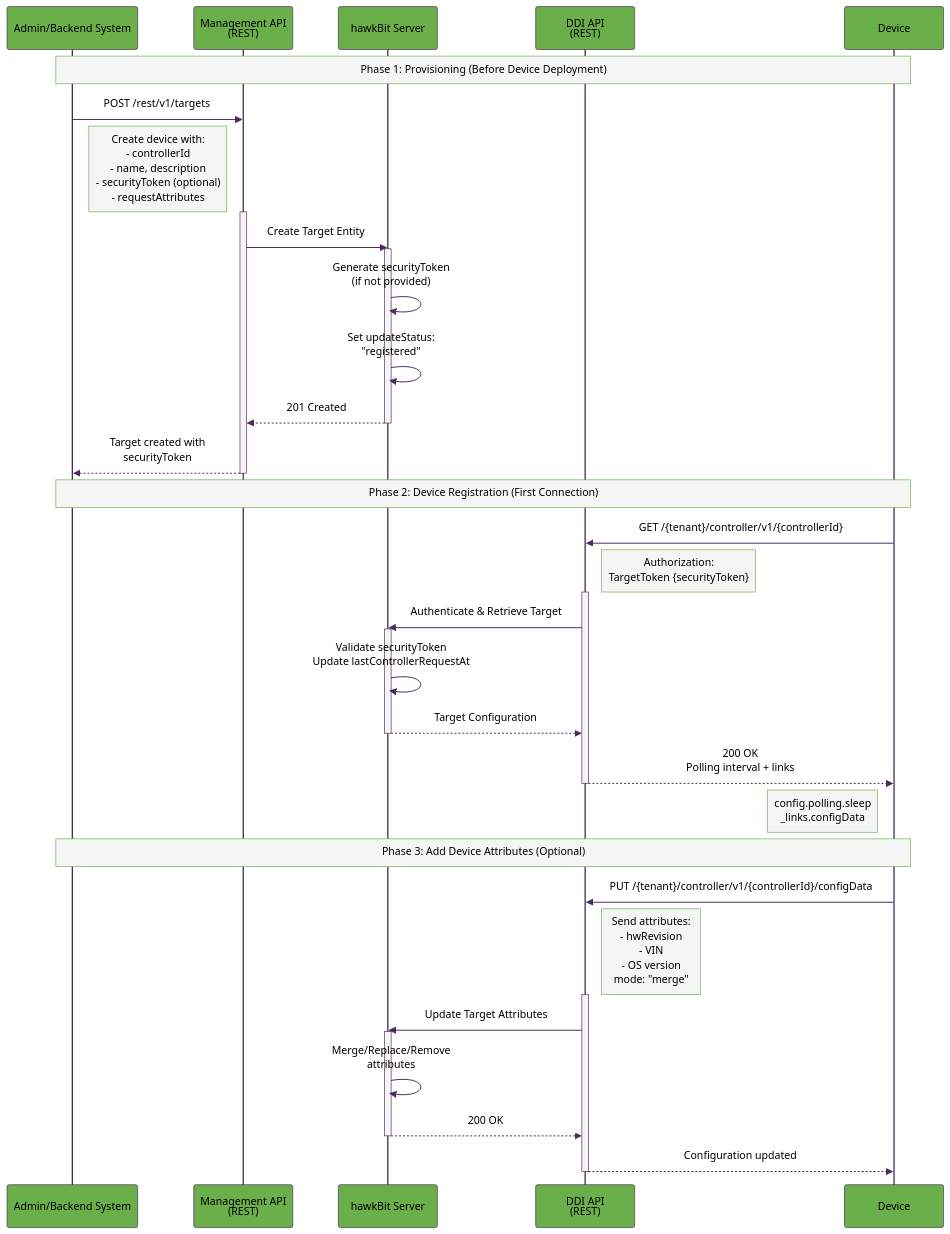
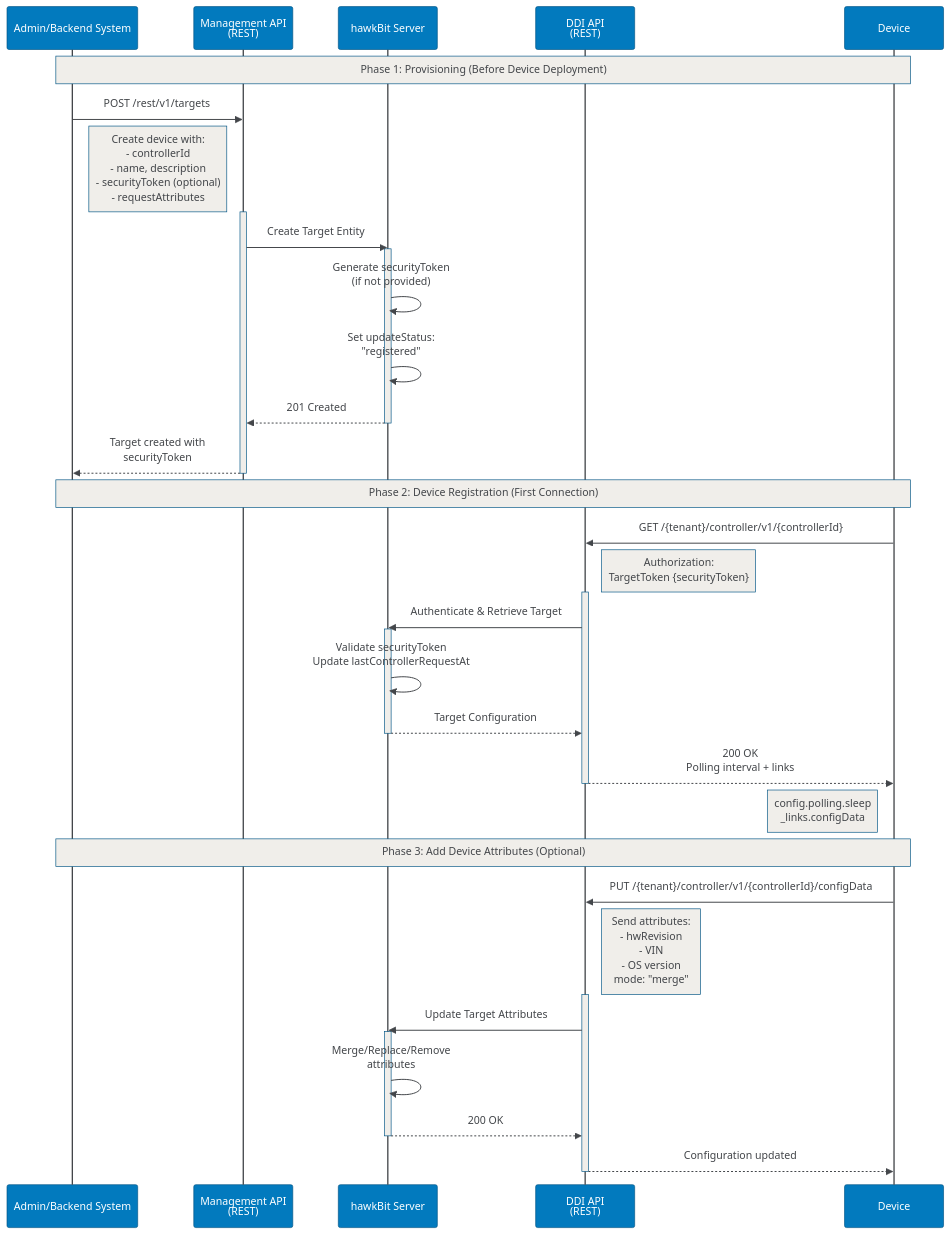
Before and after one commit to eclipse-hawkbit/hawkbit: the first of 2 diagrams in docs/device-provisioning.md, drawn with Mermaid. The commit also changed other lines of this file and 22 other files, not shown here.

````diff
--- a/docs/device-provisioning.md
+++ b/docs/device-provisioning.md
@@ -29,73 +29,74 @@
 ```mermaid
  %%{init: {'theme':'base', 'themeVariables': {
-    'primaryColor':'#6BAF4A',
-    'primaryTextColor':'#000',
-    'primaryBorderColor':'#6BAF4A',
-    'lineColor':'#4A2C5C',
-    'secondaryColor':'#E8D5F2',
-    'tertiaryColor':'#6BAF4A',
-    'noteBkgColor':'#F5F5F5',
-    'noteTextColor':'#000',
-    'noteBorderColor':'#6BAF4A',
-    'actorBorder':'#4A2C5C',
-    'actorBkg':'#6BAF4A',
-    'actorTextColor':'#000',
-    'actorLineColor':'#4A2C5C',
-    'signalColor':'#4A2C5C',
-    'signalTextColor':'#000',
-    'labelBoxBkgColor':'#E8D5F2',
-    'labelBoxBorderColor':'#6BAF4A',
-    'labelTextColor':'#000',
-    'loopTextColor':'#000',
-    'activationBorderColor':'#4A2C5C',
-    'activationBkgColor':'#F5F5F5',
-    'sequenceNumberColor':'#FFF'
-  }}}%%
+      'primaryColor':'#027ABE',
+      'primaryTextColor':'#FFF',
+      'primaryBorderColor':'#015585',
+      'lineColor':'#43464A',
+      'secondaryColor':'#9ABFDB',
+      'tertiaryColor':'#027ABE',
+      'noteBkgColor':'#F0EEEA',
+      'noteTextColor':'#43464A',
+      'noteBorderColor':'#015585',
+      'actorBorder':'#015585',
+      'actorBkg':'#027ABE',
+      'actorTextColor':'#FFF',
+      'actorLineColor':'#43464A',
+      'signalColor':'#43464A',
+      'signalTextColor':'#43464A',
+      'labelBoxBkgColor':'#9ABFDB',
+      'labelBoxBorderColor':'#015585',
+      'labelTextColor':'#015585',
+      'loopTextColor':'#43464A',
+      'activationBorderColor':'#015585',
+      'activationBkgColor':'#F0EEEA',
+      'sequenceNumberColor':'#FFF'
+    }}}%%
+
 sequenceDiagram
     participant Admin as Admin/Backend System
     participant MgmtAPI as Management API<br/>(REST)
     participant Server as hawkBit Server
     participant DDIAPI as DDI API<br/>(REST)
     participant Device as Device
 
     Note over Admin,Device: Phase 1: Provisioning (Before Device Deployment)
 
     Admin->>MgmtAPI: POST /rest/v1/targets
     Note right of Admin: Create device with:<br/>- controllerId<br/>- name, description<br/>- securityToken (optional)<br/>- requestAttributes
     activate MgmtAPI
     MgmtAPI->>Server: Create Target Entity
     activate Server
     Server->>Server: Generate securityToken<br/>(if not provided)
     Server->>Server: Set updateStatus:<br/>"registered"
     Server-->>MgmtAPI: 201 Created
     deactivate Server
     MgmtAPI-->>Admin: Target created with<br/>securityToken
     deactivate MgmtAPI
 
     Note over Admin,Device: Phase 2: Device Registration (First Connection)
 
     Device->>DDIAPI: GET /{tenant}/controller/v1/{controllerId}
     Note right of DDIAPI: Authorization:<br/>TargetToken {securityToken}
     activate DDIAPI
     DDIAPI->>Server: Authenticate & Retrieve Target
     activate Server
     Server->>Server: Validate securityToken<br/>Update lastControllerRequestAt
     Server-->>DDIAPI: Target Configuration
     deactivate Server
     DDIAPI-->>Device: 200 OK<br/>Polling interval + links
     deactivate DDIAPI
     Note left of Device: config.polling.sleep<br/>_links.configData
 
     Note over Admin,Device: Phase 3: Add Device Attributes (Optional)
 
     Device->>DDIAPI: PUT /{tenant}/controller/v1/{controllerId}/configData
     Note right of DDIAPI: Send attributes:<br/>- hwRevision<br/>- VIN<br/>- OS version<br/>mode: "merge"
     activate DDIAPI
     DDIAPI->>Server: Update Target Attributes
     activate Server
     Server->>Server: Merge/Replace/Remove<br/>attributes
     Server-->>DDIAPI: 200 OK
     deactivate Server
     DDIAPI-->>Device: Configuration updated
     deactivate DDIAPI
 ```
````
